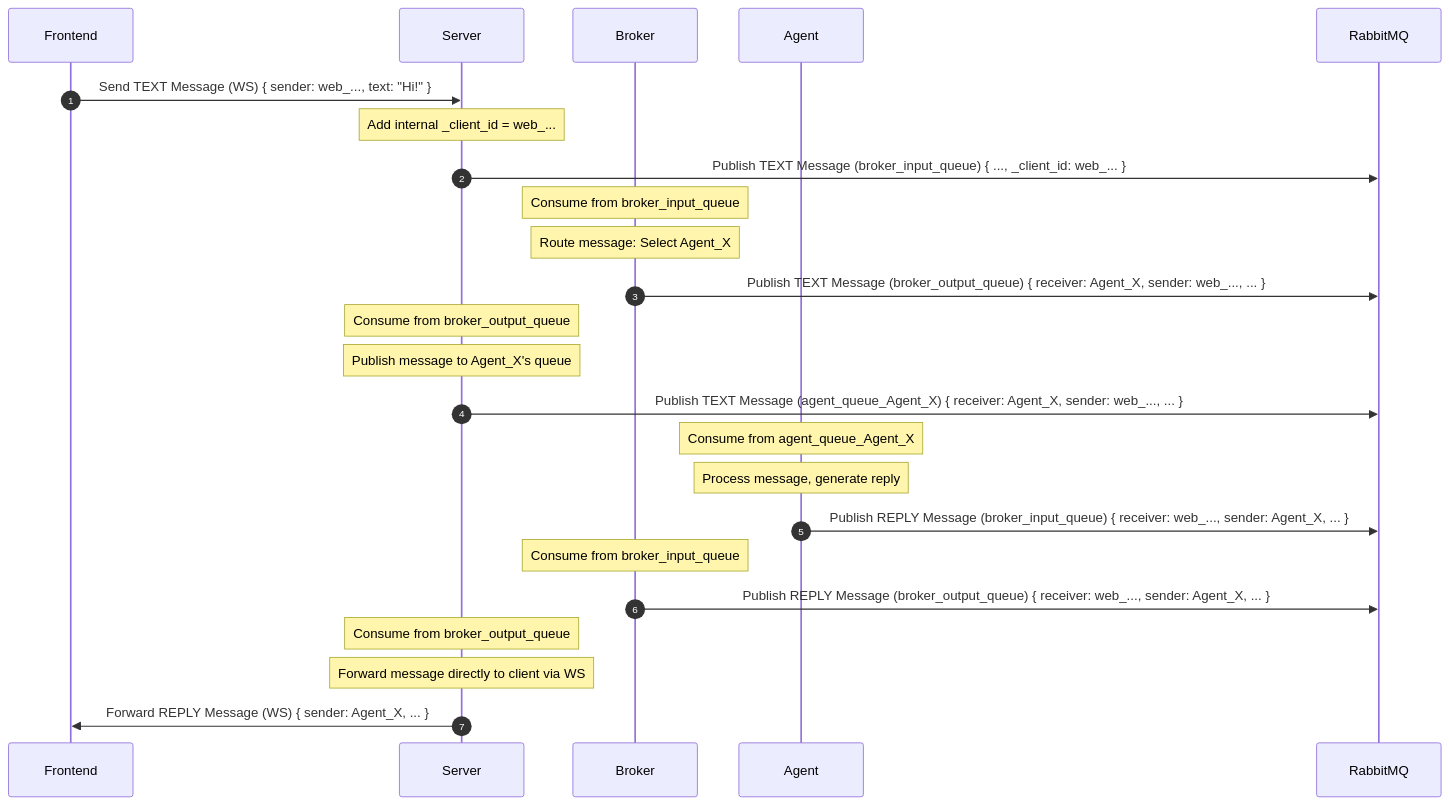
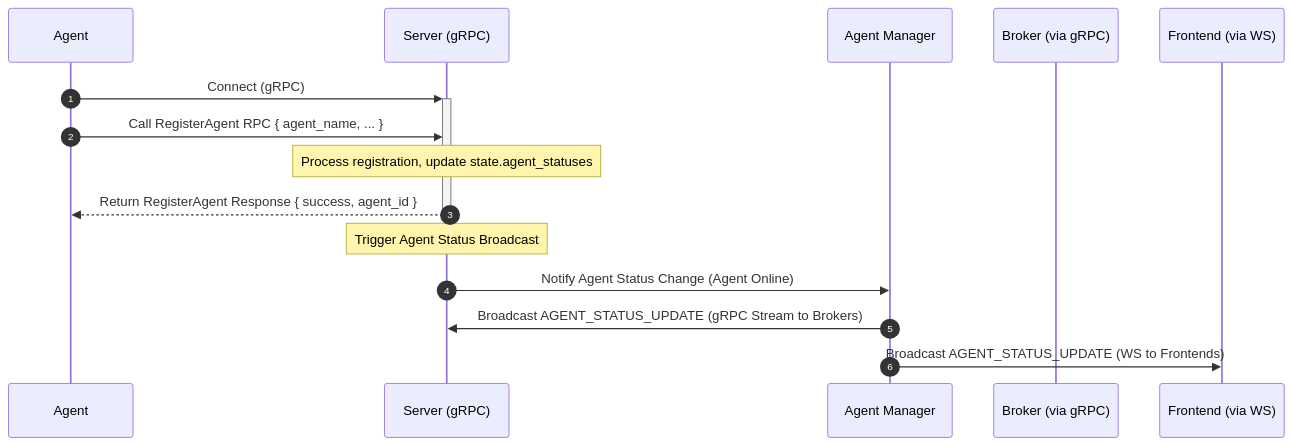
One commit to jt-f/community changed the second of 5 diagrams in server/README.md. Above: the diagram before and after it, drawn with Mermaid. The commit also changed other lines of this file and 1 other file, not shown here.

````diff
--- a/server/README.md
+++ b/server/README.md
@@ -141,28 +114,18 @@
 ```mermaid
 sequenceDiagram
     autonumber
-    participant Frontend as Frontend
-    participant Srv as Server
-    participant Broker as Broker
     participant Agent as Agent
-    participant RMQ as RabbitMQ
+    participant SrvGRPC as Server (gRPC)
+    participant AgentMgr as Agent Manager
+    participant Broker as Broker (via gRPC)
+    participant Frontend as Frontend (via WS)
 
-    Frontend->>Srv: Send TEXT Message (WS) { sender: web_..., text: "Hi!" }
-    Note over Srv: Add internal _client_id = web_...
-    Srv->>RMQ: Publish TEXT Message (broker_input_queue) { ..., _client_id: web_... }
-    Note over Broker: Consume from broker_input_queue
-    Note over Broker: Route message: Select Agent_X
-    Broker->>RMQ: Publish TEXT Message (broker_output_queue) { receiver: Agent_X, sender: web_..., ... }
-    Note over Srv: Consume from broker_output_queue
-    Note over Srv: Publish message to Agent_X's queue
-    Srv->>RMQ: Publish TEXT Message (agent_queue_Agent_X) { receiver: Agent_X, sender: web_..., ... }
-    Note over Agent: Consume from agent_queue_Agent_X
-    Note over Agent: Process message, generate reply
-    Agent->>RMQ: Publish REPLY Message (broker_input_queue) { receiver: web_..., sender: Agent_X, ... }
-    Note over Broker: Consume from broker_input_queue
-    Broker->>RMQ: Publish REPLY Message (broker_output_queue) { receiver: web_..., sender: Agent_X, ... }
-    Note over Srv: Consume from broker_output_queue
-    Note over Srv: Forward message directly to client via WS
-    Srv->>Frontend: Forward REPLY Message (WS) { sender: Agent_X, ... }
-
+    Agent->>+SrvGRPC: Connect (gRPC)
+    Agent->>SrvGRPC: Call RegisterAgent RPC { agent_name, ... }
+    Note over SrvGRPC: Process registration, update state.agent_statuses
+    SrvGRPC-->>-Agent: Return RegisterAgent Response { success, agent_id }
+    Note over SrvGRPC: Trigger Agent Status Broadcast
+    SrvGRPC->>AgentMgr: Notify Agent Status Change (Agent Online)
+    AgentMgr->>SrvGRPC: Broadcast AGENT_STATUS_UPDATE (gRPC Stream to Brokers)
+    AgentMgr->>Frontend: Broadcast AGENT_STATUS_UPDATE (WS to Frontends)
 ```
````
